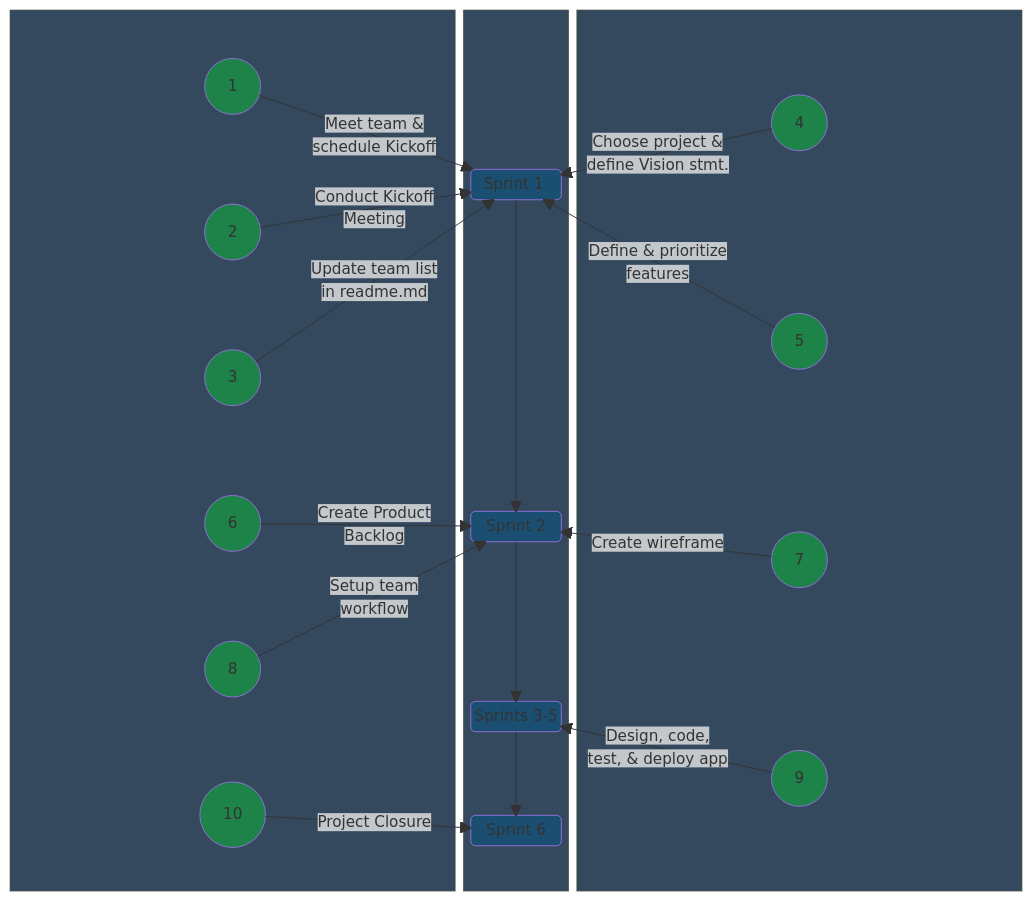
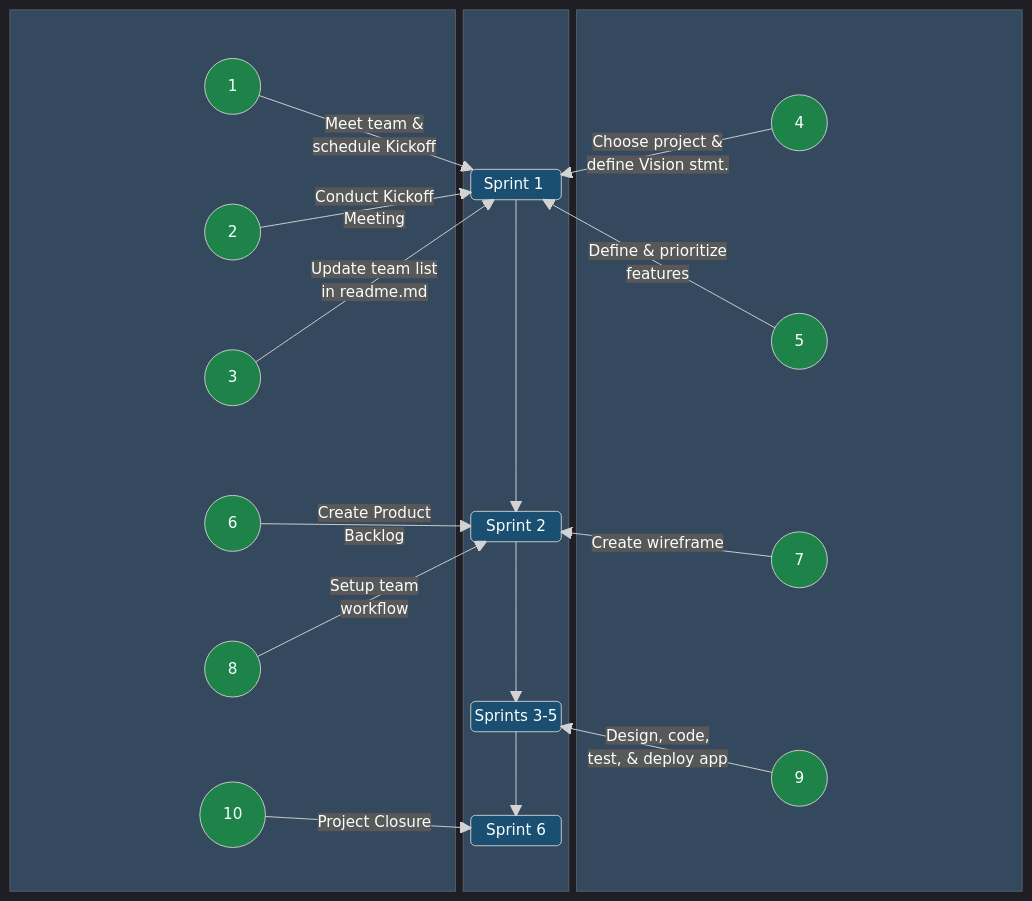
The first of 2 diagrams in README.md (jdmedlock/mermaid_testing), drawn with Mermaid before and after one commit.

Commit message:
Feature: Add config for theme settings

````diff
--- a/README.md
+++ b/README.md
@@ -4,4 +4,9 @@
 ```mermaid
+---
+config:
+  layout: elk
+  theme: dark
+---
   block-beta
     columns 9
     block:LEFT:4
````
